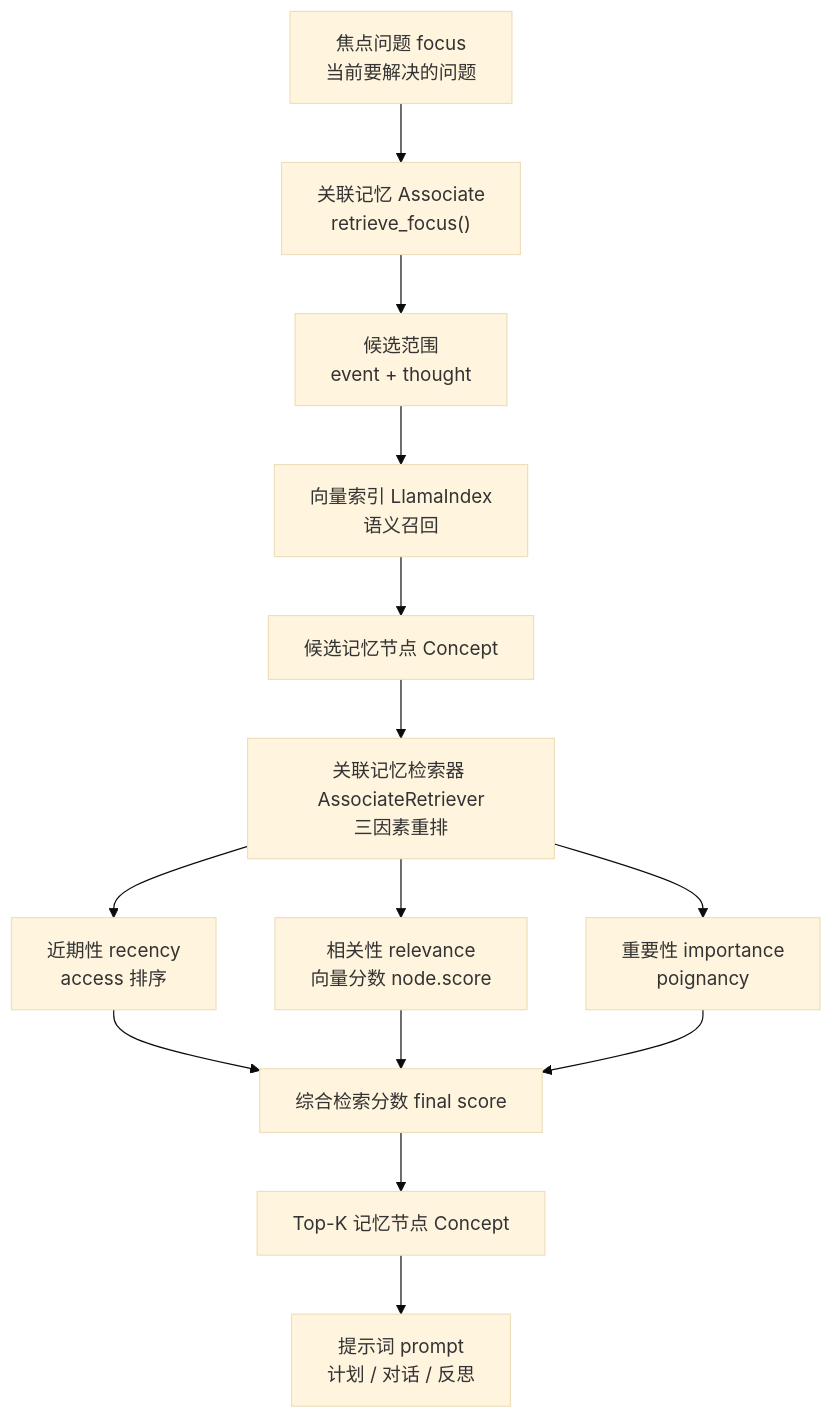
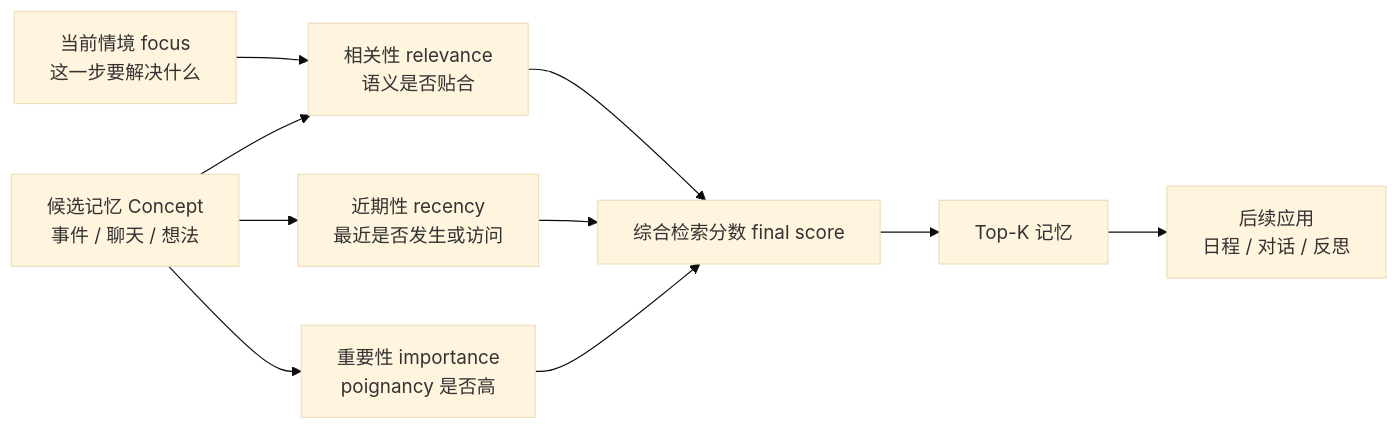
One commit to tbkken/GenerativeAgentsCN changed the second of 2 diagrams in docs/book/manuscript/part_01/chapter_06.md. Above: the diagram before and after it, drawn with Mermaid (base theme). The commit also changed other lines of this file and 78 other files, not shown here.

````diff
--- a/docs/book/manuscript/part_01/chapter_06.md
+++ b/docs/book/manuscript/part_01/chapter_06.md
@@ -150,16 +222,13 @@
 ```mermaid
-flowchart TD
-    Focus["焦点问题 focus<br/>当前要解决的问题"] --> Associate["关联记忆 Associate<br/>retrieve_focus()"]
-    Associate --> Scope["候选范围<br/>event + thought"]
-    Scope --> Llama["向量索引 LlamaIndex<br/>语义召回"]
-    Llama --> Candidates["候选记忆节点 Concept"]
-    Candidates --> Retriever["关联记忆检索器 AssociateRetriever<br/>三因素重排"]
-    Retriever --> R1["近期性 recency<br/>access 排序"]
-    Retriever --> R2["相关性 relevance<br/>向量分数 node.score"]
-    Retriever --> R3["重要性 importance<br/>poignancy"]
-    R1 --> Final["综合检索分数 final score"]
-    R2 --> Final
-    R3 --> Final
-    Final --> TopK["Top-K 记忆节点 Concept"]
-    TopK --> Prompt["提示词 prompt<br/>计划 / 对话 / 反思"]
+flowchart LR
+    Query["当前情境 focus<br/>这一步要解决什么"] --> Relevance["相关性 relevance<br/>语义是否贴合"]
+    Memory["候选记忆 Concept<br/>事件 / 聊天 / 想法"] --> Relevance
+    Memory --> Recency["近期性 recency<br/>最近是否发生或访问"]
+    Memory --> Importance["重要性 importance<br/>poignancy 是否高"]
+
+    Relevance --> Score["综合检索分数 final score"]
+    Recency --> Score
+    Importance --> Score
+    Score --> TopK["Top-K 记忆"]
+    TopK --> Prompt["后续应用<br/>日程 / 对话 / 反思"]
 ```
````
